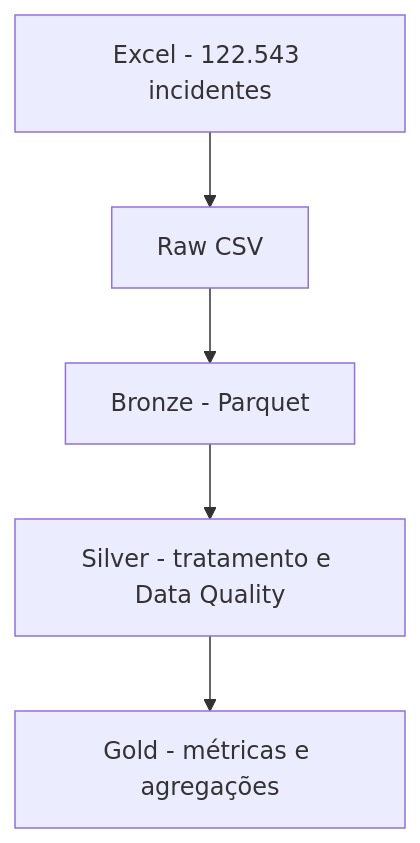
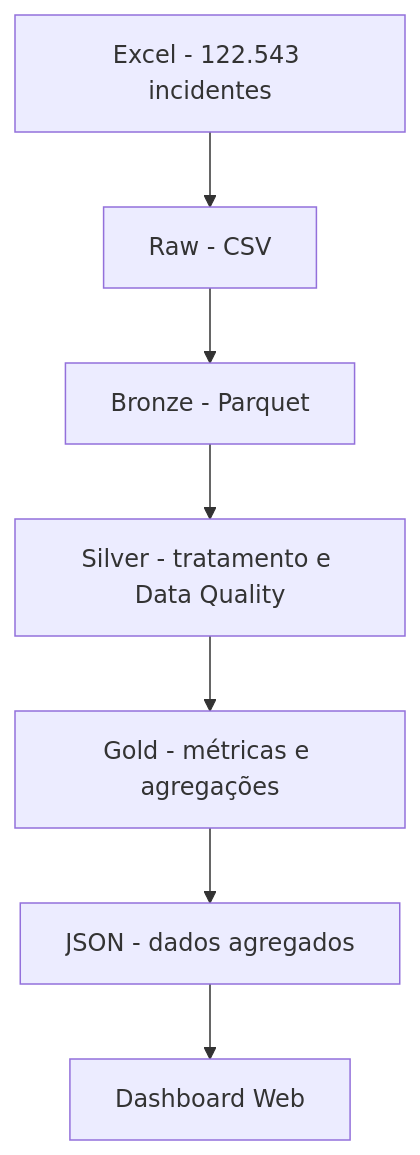
The diagram in README.md (tecStudent/pyspark-it-incident-etl), drawn with Mermaid before and after one commit. The commit also changed other lines of this file, not shown here.

Commit message:
docs: document dashboard and pipeline workflow

````diff
--- a/README.md
+++ b/README.md
@@ -11,7 +11,9 @@
 ```mermaid
 flowchart TD
-    A["Excel - 122.543 incidentes"] --> B["Raw CSV"]
+    A["Excel - 122.543 incidentes"] --> B["Raw - CSV"]
     B --> C["Bronze - Parquet"]
     C --> D["Silver - tratamento e Data Quality"]
     D --> E["Gold - métricas e agregações"]
+    E --> F["JSON - dados agregados"]
+    F --> G["Dashboard Web"]
 ```
````
